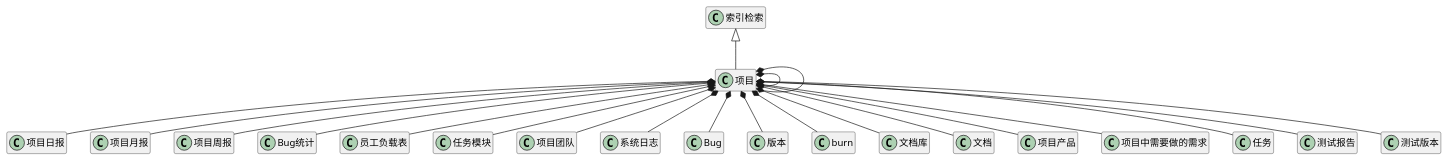
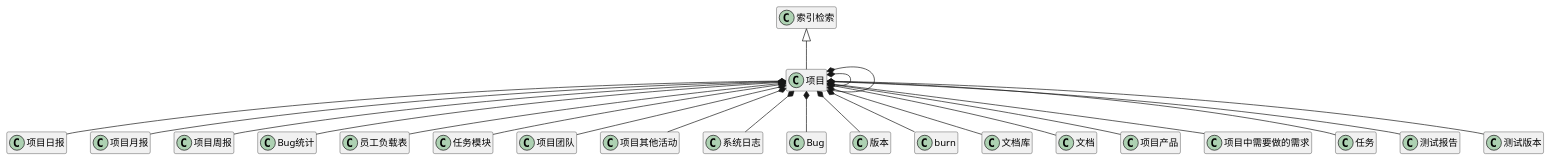
The first of 17 diagrams in ibizpms-docs/src/main/doc/v1/module/zentao/Project_old.md (goblinln/iBizPMS), drawn with PlantUML before and after one commit. The commit also changed 24 other files, not shown here.

```diff
--- a/ibizpms-docs/src/main/doc/v1/module/zentao/Project_old.md
+++ b/ibizpms-docs/src/main/doc/v1/module/zentao/Project_old.md
@@ -6,24 +6,25 @@
 {% plantuml %}
 项目 *-- 项目日报 
 项目 *-- 项目月报 
 项目 *-- 项目周报 
 项目 *-- Bug统计 
 项目 *-- 员工负载表 
 项目 *-- 任务模块 
 项目 *-- 项目团队 
+项目 *-- 项目其他活动 
 项目 *-- 系统日志 
 项目 *-- Bug 
 项目 *-- 版本 
 项目 *-- burn 
 项目 *-- 文档库 
 项目 *-- 文档 
 项目 *-- 项目产品 
 项目 *-- 项目中需要做的需求 
 项目 *-- 任务 
 项目 *-- 测试报告 
 项目 *-- 测试版本 
 项目 *-- 项目 
 项目 *-- 项目 
 索引检索 <|-- 项目 
 hide members
 {% endplantuml %}
```
